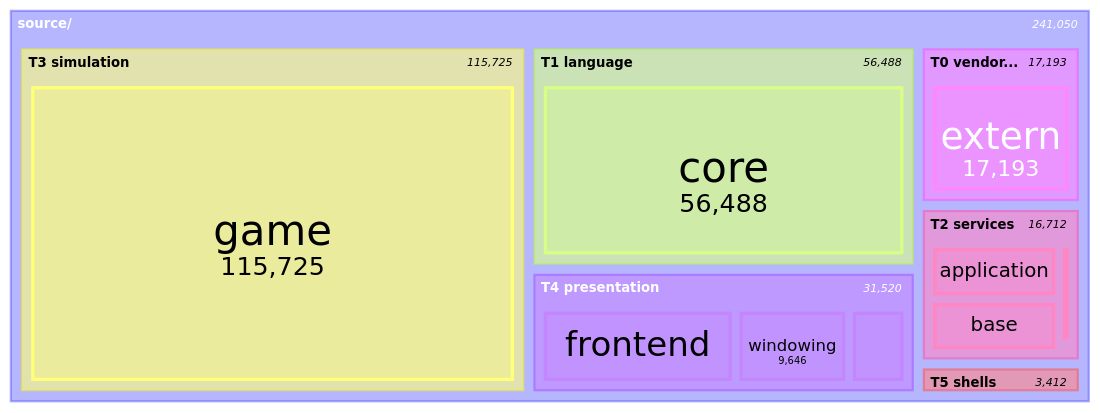
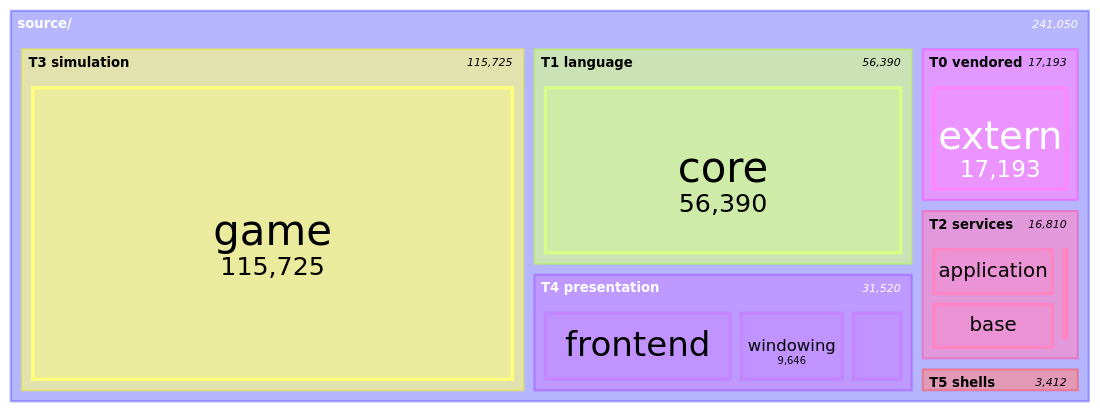
Before and after one commit to apnex/OpenStarbound: the seventh of 11 diagrams in docs/architecture/system-boundaries.md, drawn with Mermaid. The commit also changed other lines of this file and 8 other files, not shown here.

````diff
--- a/docs/architecture/system-boundaries.md
+++ b/docs/architecture/system-boundaries.md
@@ -592,22 +599,22 @@
 ```mermaid
 treemap-beta
 "source/"
     "T0 vendored"
         "extern": 17193
     "T1 language"
-        "core": 56488
+        "core": 56390
     "T2 services"
         "application": 7677
         "base": 7472
-        "metrics": 1421
+        "metrics": 1519
         "platform": 142
     "T3 simulation"
         "game": 115725
     "T4 presentation"
         "frontend": 16866
         "windowing": 9646
         "rendering": 5008
     "T5 shells"
         "client": 2629
         "server": 783
 ```
````
